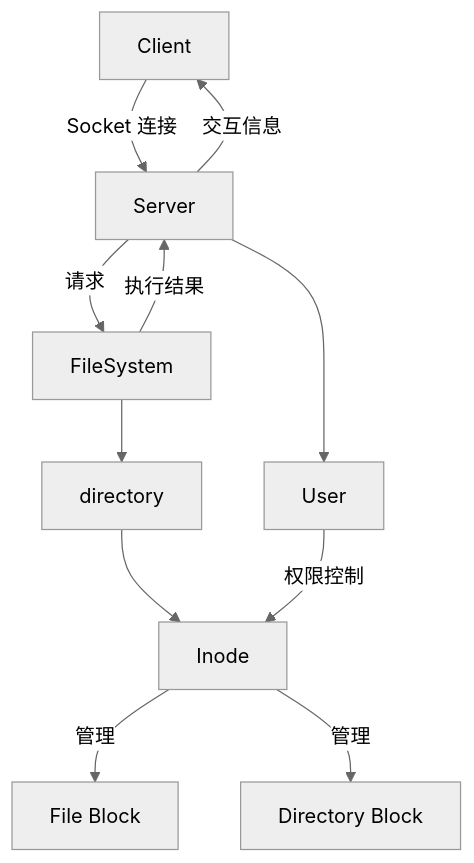
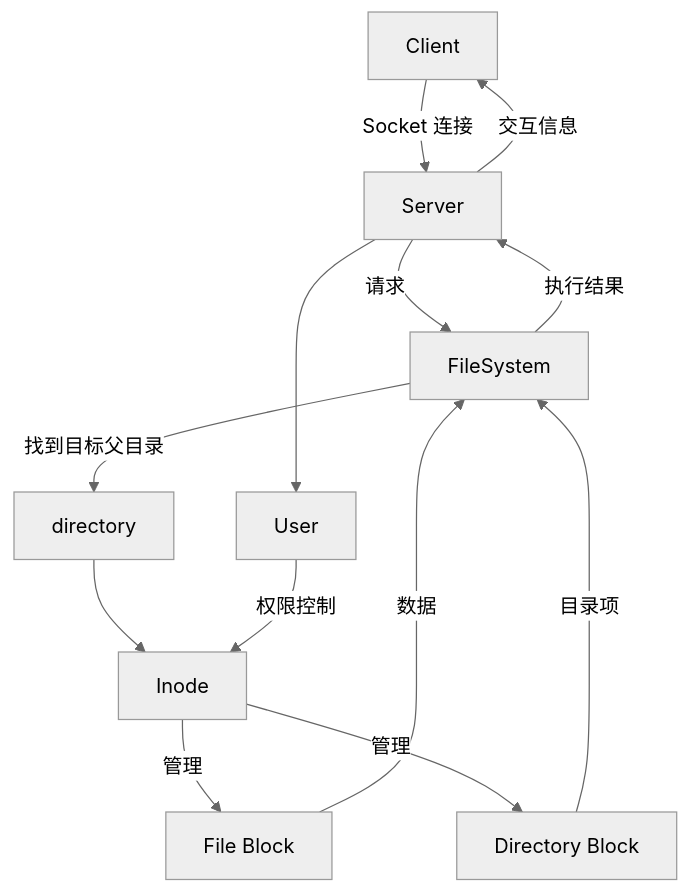
One commit to superQCman/Inode_system changed the diagram in README.md. Above: the diagram before and after it, drawn with Mermaid (neutral theme). The commit also changed 8 other files, not shown here.

````diff
--- a/README.md
+++ b/README.md
@@ -9,22 +9,24 @@
 ```mermaid
 graph TD
     Client
     Server
     FileSystem
     Inode[Inode]
     DirectoryBlock[Directory Block]
     FileBlock[File Block]
     User[User]
 
     Client -->|Socket 连接| Server
     Server -->|请求| FileSystem
     Server --> User
-    FileSystem --> directory
+    FileSystem --> |找到目标父目录|directory
     FileSystem --> |执行结果|Server
     Server --> |交互信息|Client
     directory --> Inode
     Inode -->|管理| FileBlock
+    FileBlock -->|数据| FileSystem
+    DirectoryBlock -->|目录项| FileSystem
 
     Inode -->|管理| DirectoryBlock
     User -->|权限控制| Inode
 ```
````
